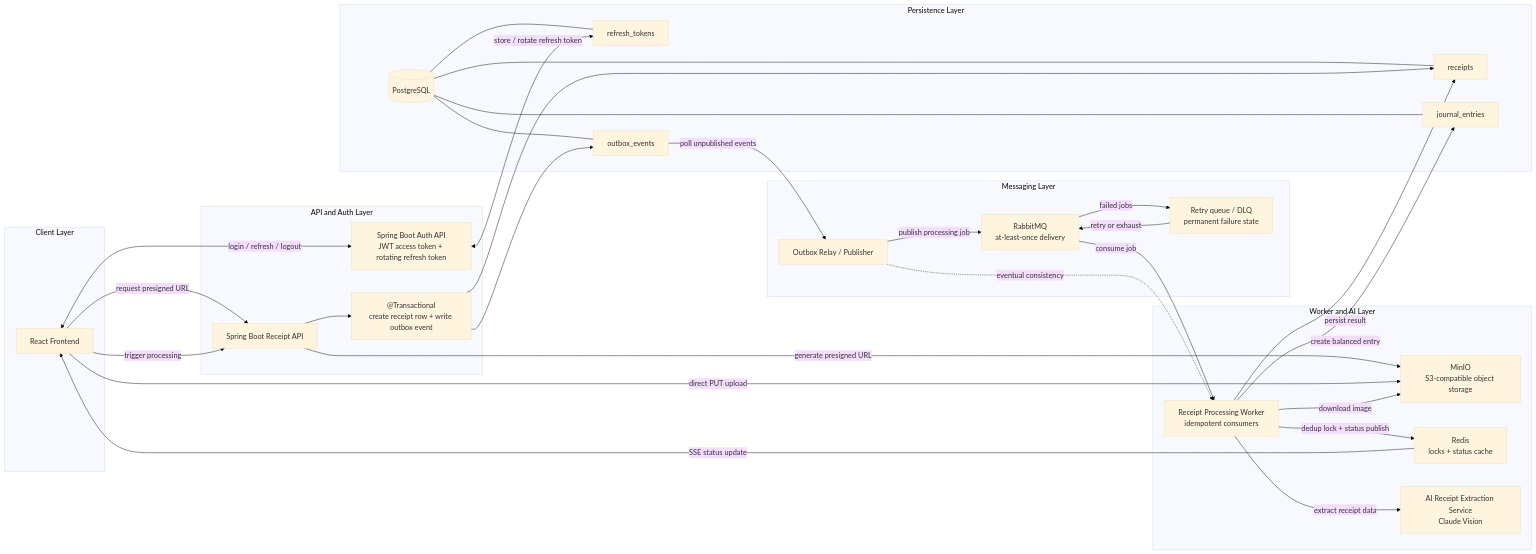
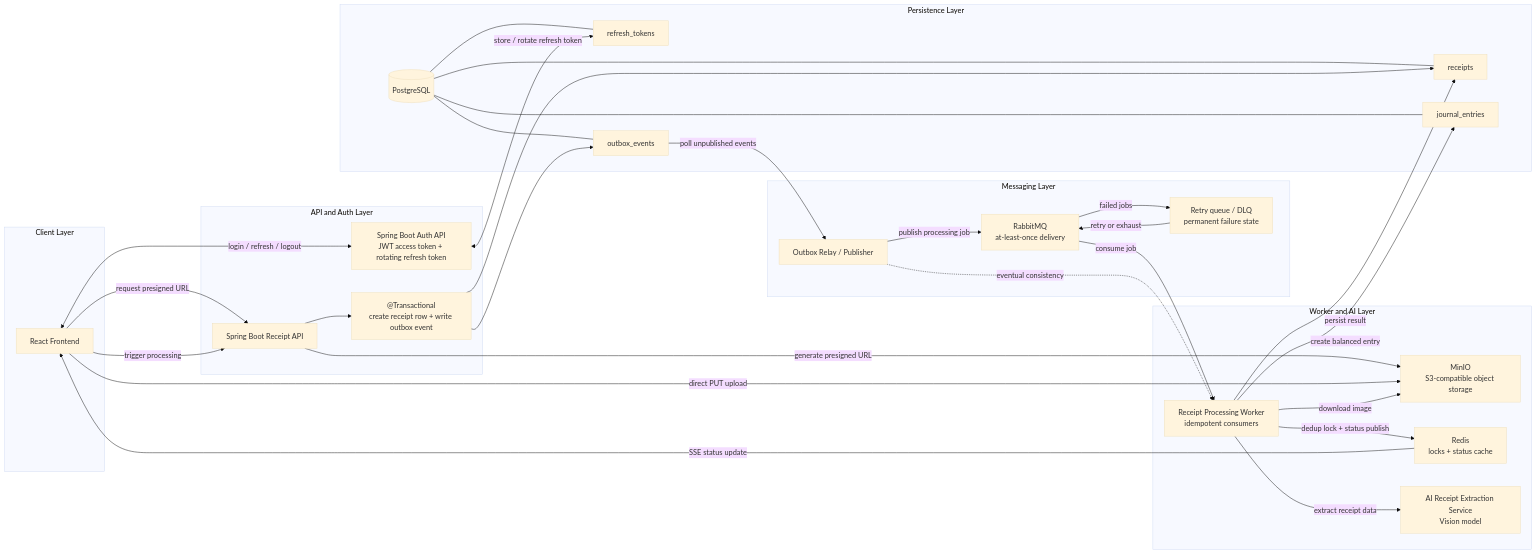
Before and after one commit to SachithPamidi25/ledgerlens: the diagram in README.md, drawn with Mermaid (base theme). The commit also changed other lines of this file and 1 other file, not shown here.

````diff
--- a/README.md
+++ b/README.md
@@ -52,64 +52,64 @@
 ```mermaid
 flowchart LR
     subgraph Client["Client Layer"]
         FE[React Frontend]
     end
 
     subgraph API["API and Auth Layer"]
         AUTH[Spring Boot Auth API<br/>JWT access token + rotating refresh token]
         APP[Spring Boot Receipt API]
         TX["@Transactional<br/>create receipt row + write outbox event"]
     end
 
     subgraph Persistence["Persistence Layer"]
         DB[(PostgreSQL)]
         RECEIPTS[receipts]
         JOURNAL[journal_entries]
         TOKENS[refresh_tokens]
         OUTBOX[outbox_events]
         DB --- RECEIPTS
         DB --- JOURNAL
         DB --- TOKENS
         DB --- OUTBOX
     end
 
     subgraph Messaging["Messaging Layer"]
         RELAY[Outbox Relay / Publisher]
         MQ[RabbitMQ<br/>at-least-once delivery]
         DLQ[Retry queue / DLQ<br/>permanent failure state]
     end
 
     subgraph Worker["Worker and AI Layer"]
         WORKER[Receipt Processing Worker<br/>idempotent consumers]
         MINIO[MinIO<br/>S3-compatible object storage]
         REDIS[Redis<br/>locks + status cache]
-        AI[AI Receipt Extraction Service<br/>Claude Vision]
+        AI[AI Receipt Extraction Service<br/>Vision model]
     end
 
     FE -->|request presigned URL| APP
     APP -->|generate presigned URL| MINIO
     FE -->|direct PUT upload| MINIO
     FE -->|trigger processing| APP
 
     FE <-->|login / refresh / logout| AUTH
     AUTH <-->|store / rotate refresh token| TOKENS
 
     APP --> TX
     TX --> RECEIPTS
     TX --> OUTBOX
 
     OUTBOX -->|poll unpublished events| RELAY
     RELAY -->|publish processing job| MQ
     MQ -->|consume job| WORKER
     MQ -->|failed jobs| DLQ
     DLQ -->|retry or exhaust| MQ
 
     WORKER -->|download image| MINIO
     WORKER -->|dedup lock + status publish| REDIS
     WORKER -->|extract receipt data| AI
     WORKER -->|persist result| RECEIPTS
     WORKER -->|create balanced entry| JOURNAL
     REDIS -->|SSE status update| FE
 
     RELAY -. eventual consistency .-> WORKER
 ```
````
